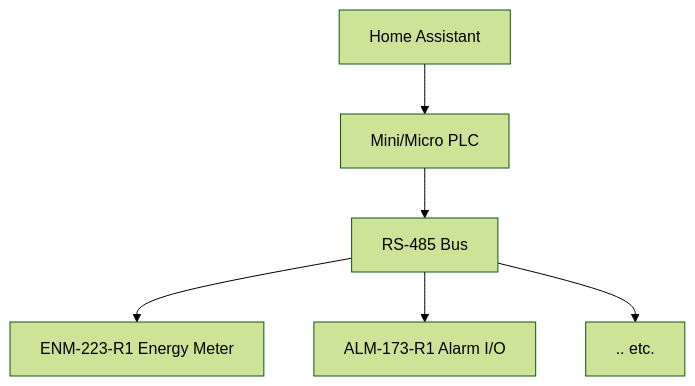
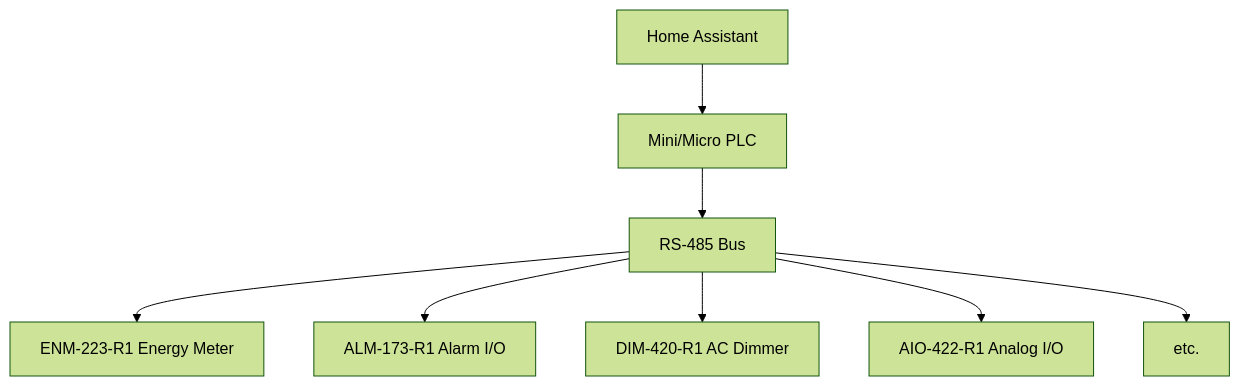
Before and after one commit to isystemsautomation/HOMEMASTER: the diagram in README.md, drawn with Mermaid (forest theme).

````diff
--- a/README.md
+++ b/README.md
@@ -35,9 +35,10 @@
 ```mermaid
 graph TB
   HA[Home Assistant] --> PLC[Mini/Micro PLC]
   PLC --> RS485[RS-485 Bus]
   RS485 --> ENM[ENM‑223‑R1 Energy Meter]
   RS485 --> ALM[ALM‑173‑R1 Alarm I/O]
-  RS485 --> DIM[.. etc.]
-
+  RS485 --> DIM[DIM‑420‑R1 AC Dimmer]
+  RS485 --> AIO[AIO‑422‑R1 Analog I/O]
+  RS485 --> RGB[etc.]
 ```
````
